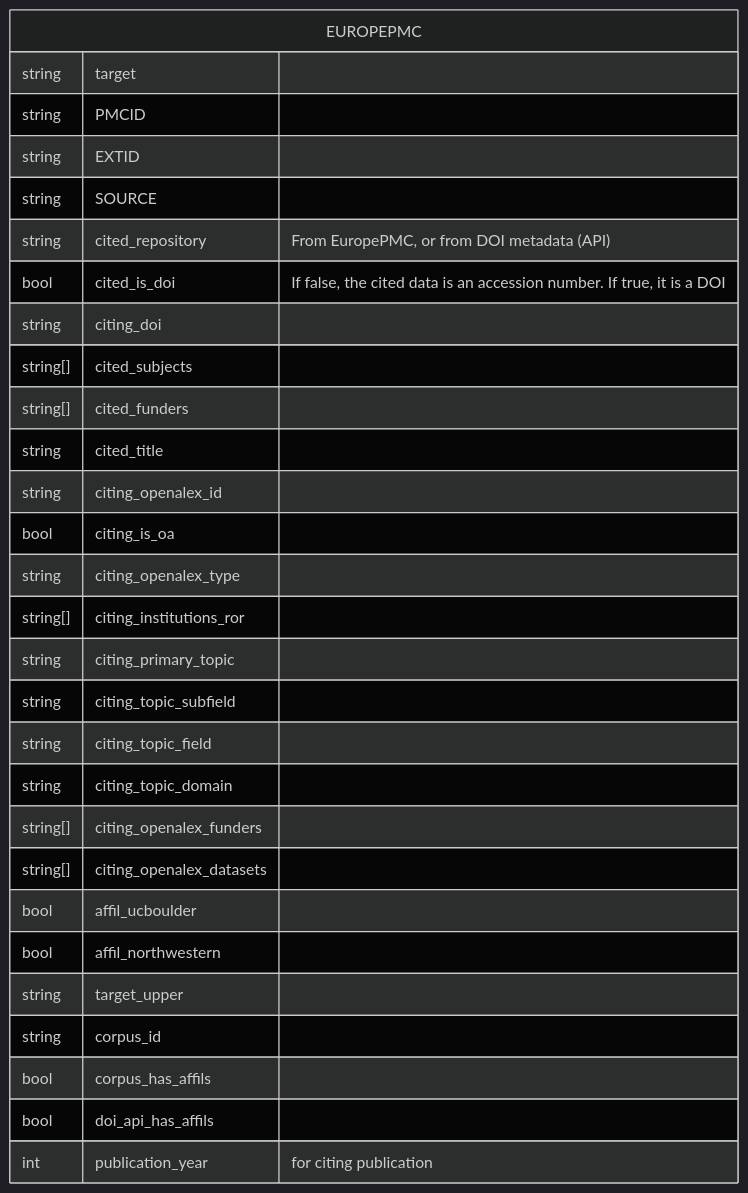
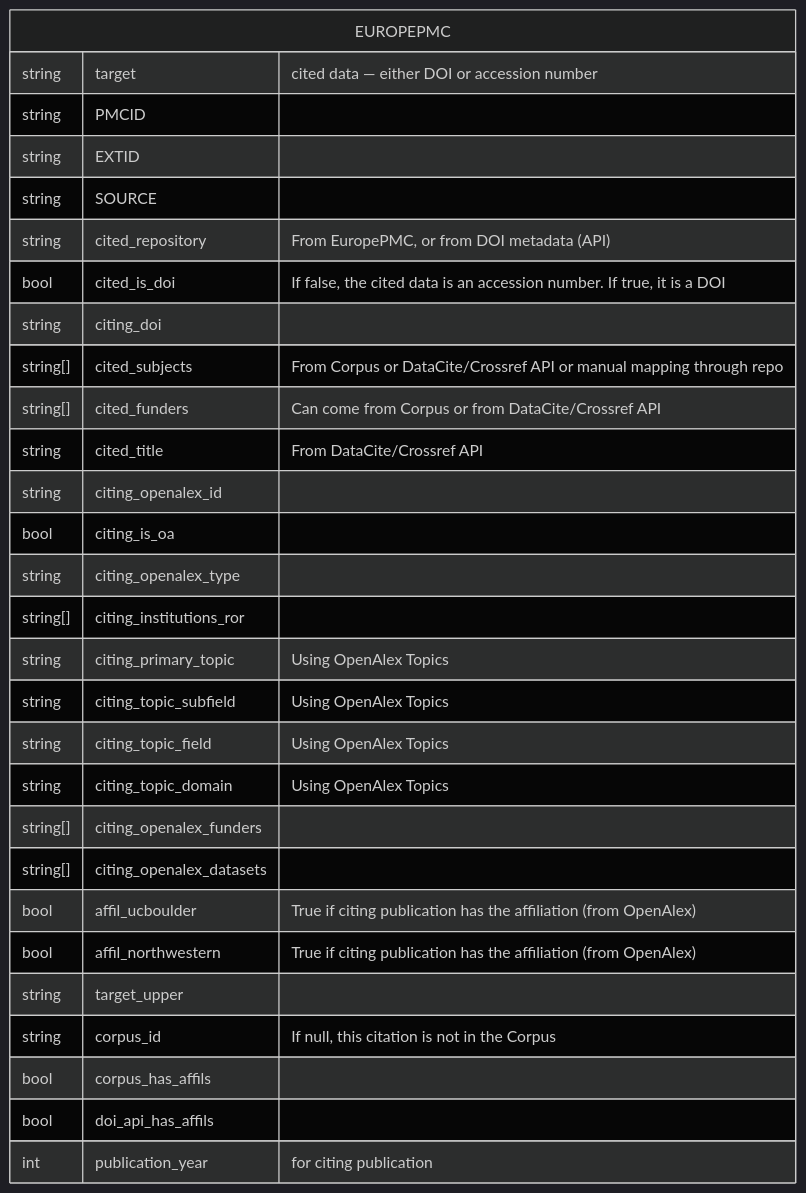
The diagram in analysis_for_presentations/README.md (Make-Data-Count-Community/corpus-data-analysis), drawn with Mermaid (dark theme) before and after one commit. The commit also changed 1 other file, not shown here.

Commit message:
get full europe pmc spreadsheet for poster analysis

````diff
--- a/analysis_for_presentations/README.md
+++ b/analysis_for_presentations/README.md
@@ -9,32 +9,32 @@
 ```mermaid
 erDiagram
     EUROPEPMC {
-        string target
+        string target "cited data — either DOI or accession number"
         string PMCID
         string EXTID
         string SOURCE
         string cited_repository "From EuropePMC, or from DOI metadata (API)"
         bool cited_is_doi "If false, the cited data is an accession number. If true, it is a DOI"
         string citing_doi
-        string[] cited_subjects
-        string[] cited_funders
-        string cited_title
+        string[] cited_subjects "From Corpus or DataCite/Crossref API or manual mapping through repo"
+        string[] cited_funders "Can come from Corpus or from DataCite/Crossref API"
+        string cited_title "From DataCite/Crossref API"
         string citing_openalex_id
         bool citing_is_oa
         string citing_openalex_type
         string[] citing_institutions_ror
-        string citing_primary_topic
-        string citing_topic_subfield
-        string citing_topic_field
-        string citing_topic_domain
+        string citing_primary_topic "Using OpenAlex Topics"
+        string citing_topic_subfield "Using OpenAlex Topics"
+        string citing_topic_field "Using OpenAlex Topics"
+        string citing_topic_domain "Using OpenAlex Topics"
         string[] citing_openalex_funders
         string[] citing_openalex_datasets
-        bool affil_ucboulder
-        bool affil_northwestern
+        bool affil_ucboulder "True if citing publication has the affiliation (from OpenAlex)"
+        bool affil_northwestern "True if citing publication has the affiliation (from OpenAlex)"
         string target_upper
-        string corpus_id
+        string corpus_id "If null, this citation is not in the Corpus"
         bool corpus_has_affils
         bool doi_api_has_affils
         int publication_year "for citing publication"
     }
 ```
````
